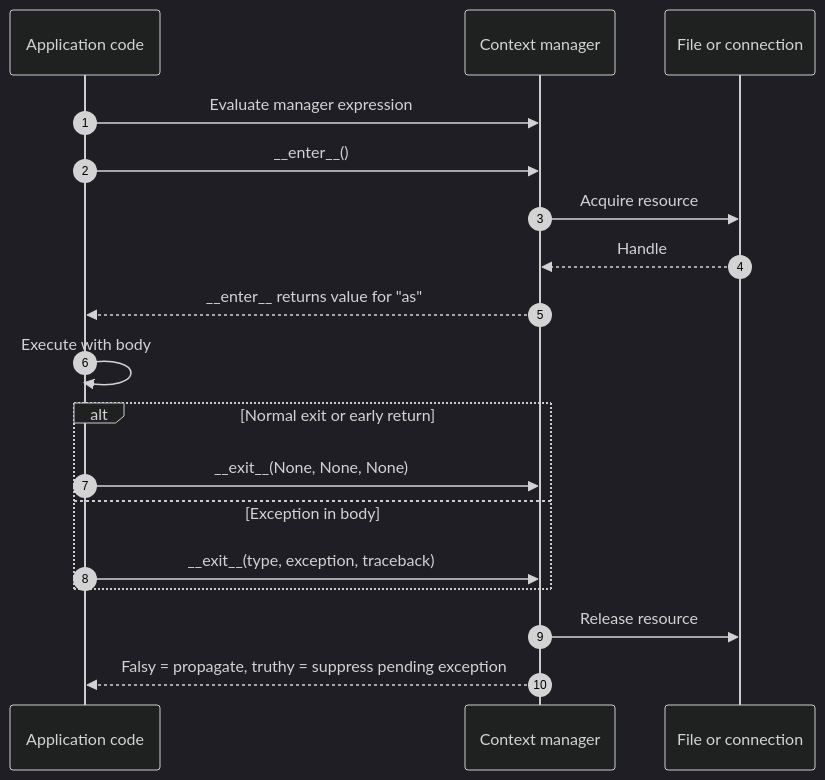
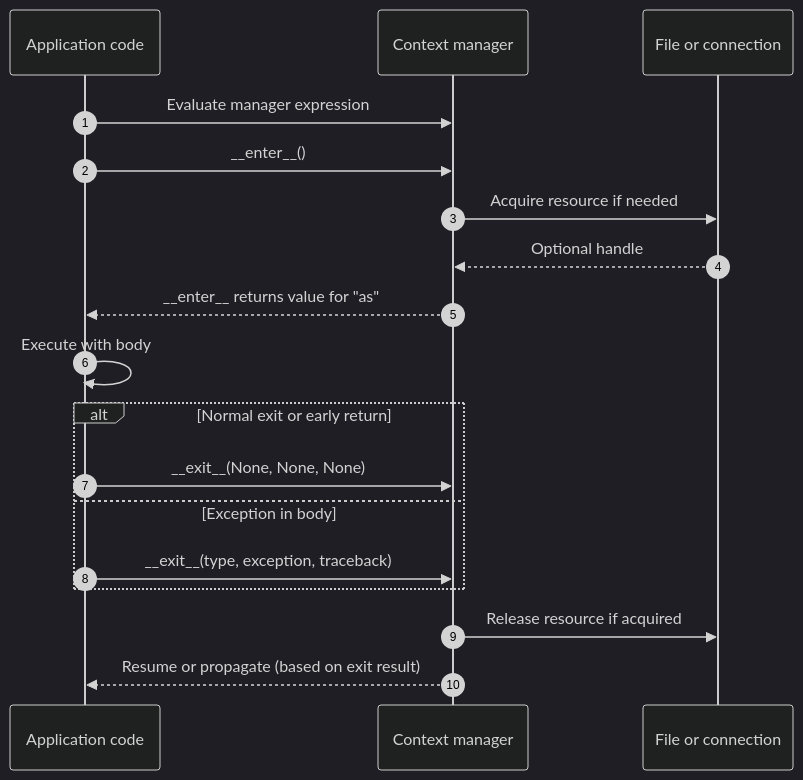
One commit to pirocorp/Core-Python changed the first of 3 diagrams in 03. Context Managers and Resource Safety/README.md. Above: the diagram before and after it, drawn with Mermaid (dark theme). The commit also changed other lines of this file, not shown here.

````diff
--- a/03. Context Managers and Resource Safety/README.md
+++ b/03. Context Managers and Resource Safety/README.md
@@ -208,21 +191,21 @@
 ```mermaid
 sequenceDiagram
     autonumber
     participant Caller as Application code
     participant Manager as Context manager
     participant Resource as File or connection
 
     Caller->>Manager: Evaluate manager expression
     Caller->>Manager: __enter__()
-    Manager->>Resource: Acquire resource
-    Resource-->>Manager: Handle
+    Manager->>Resource: Acquire resource if needed
+    Resource-->>Manager: Optional handle
     Manager-->>Caller: __enter__ returns value for "as"
     Caller->>Caller: Execute with body
     alt Normal exit or early return
         Caller->>Manager: __exit__(None, None, None)
     else Exception in body
         Caller->>Manager: __exit__(type, exception, traceback)
     end
-    Manager->>Resource: Release resource
-    Manager-->>Caller: Falsy = propagate, truthy = suppress pending exception
+    Manager->>Resource: Release resource if acquired
+    Manager-->>Caller: Resume or propagate (based on exit result)
 ```
````
